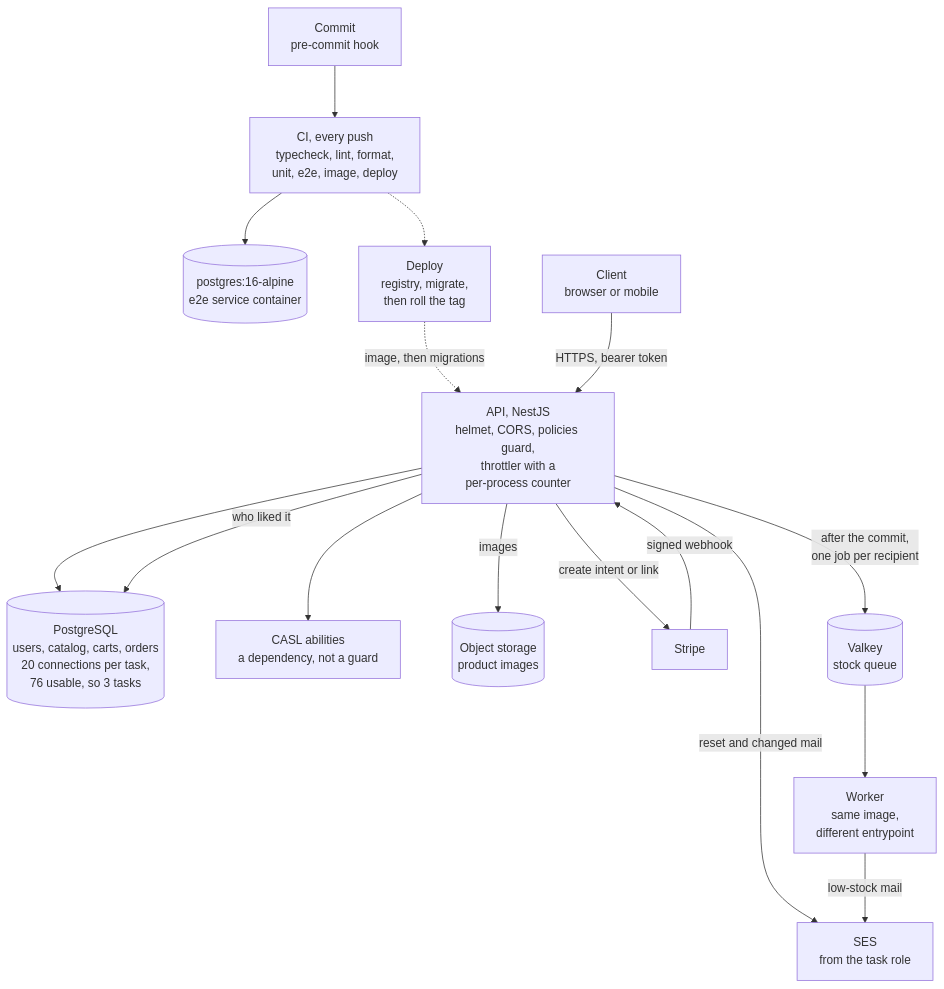
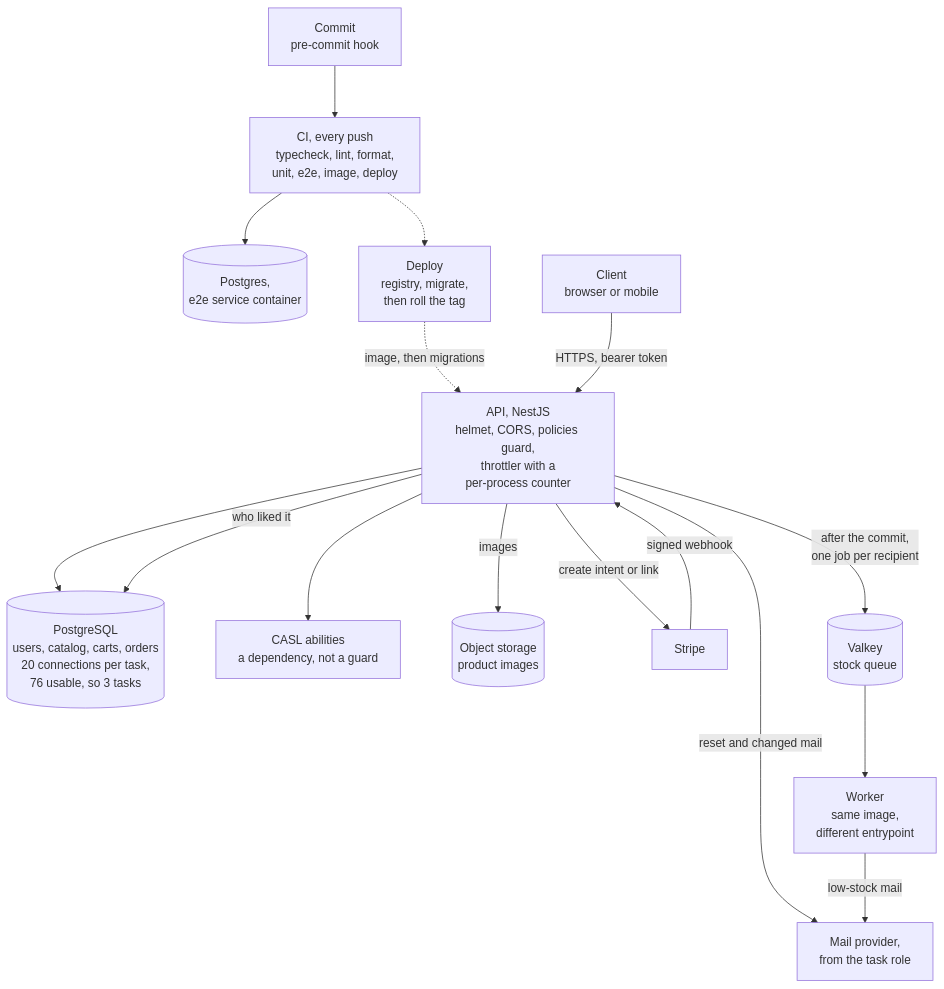
The diagram in ARCHITECTURE.md (f3r21/t-shirt-store-api), drawn with Mermaid before and after one commit. The commit also changed other lines of this file and 5 other files, not shown here.

Commit message:
docs: trim the architecture write-up to one page and gate its length

````diff
--- a/ARCHITECTURE.md
+++ b/ARCHITECTURE.md
@@ -5,35 +5,35 @@
 ```mermaid
 %%{init: {"flowchart": {"nodeSpacing": 70, "rankSpacing": 70}}}%%
 flowchart TB
     code["Commit<br/>pre-commit hook"]
     ci["CI, every push<br/>typecheck, lint, format,<br/>unit, e2e, image, deploy"]
-    citest[("postgres:16-alpine<br/>e2e service container")]
+    citest[("Postgres,<br/>e2e service container")]
     deploy["Deploy<br/>registry, migrate,<br/>then roll the tag"]
 
     client["Client<br/>browser or mobile"]
     api["API, NestJS<br/>helmet, CORS, policies guard,<br/>throttler with a<br/>per-process counter"]
     pg[("PostgreSQL<br/>users, catalog, carts, orders<br/>20 connections per task,<br/>76 usable, so 3 tasks")]
     casl["CASL abilities<br/>a dependency, not a guard"]
     store[("Object storage<br/>product images")]
-    smtp["SES<br/>from the task role"]
+    smtp["Mail provider,<br/>from the task role"]
     stripe["Stripe"]
     valkey[("Valkey<br/>stock queue")]
     worker["Worker<br/>same image,<br/>different entrypoint"]
 
     code --> ci
     ci --> citest
     ci -.-> deploy
     deploy -.->|"image, then migrations"| api
 
     client -->|"HTTPS, bearer token"| api
     api --> pg
     api -->|"who liked it"| pg
     api --> casl
     api -->|"images"| store
     api -->|"reset and changed mail"| smtp
     api -->|"create intent or link"| stripe
     api -->|"after the commit,<br/>one job per recipient"| valkey
     stripe -->|"signed webhook"| api
     valkey --> worker
     worker -->|"low-stock mail"| smtp
 ```
````
